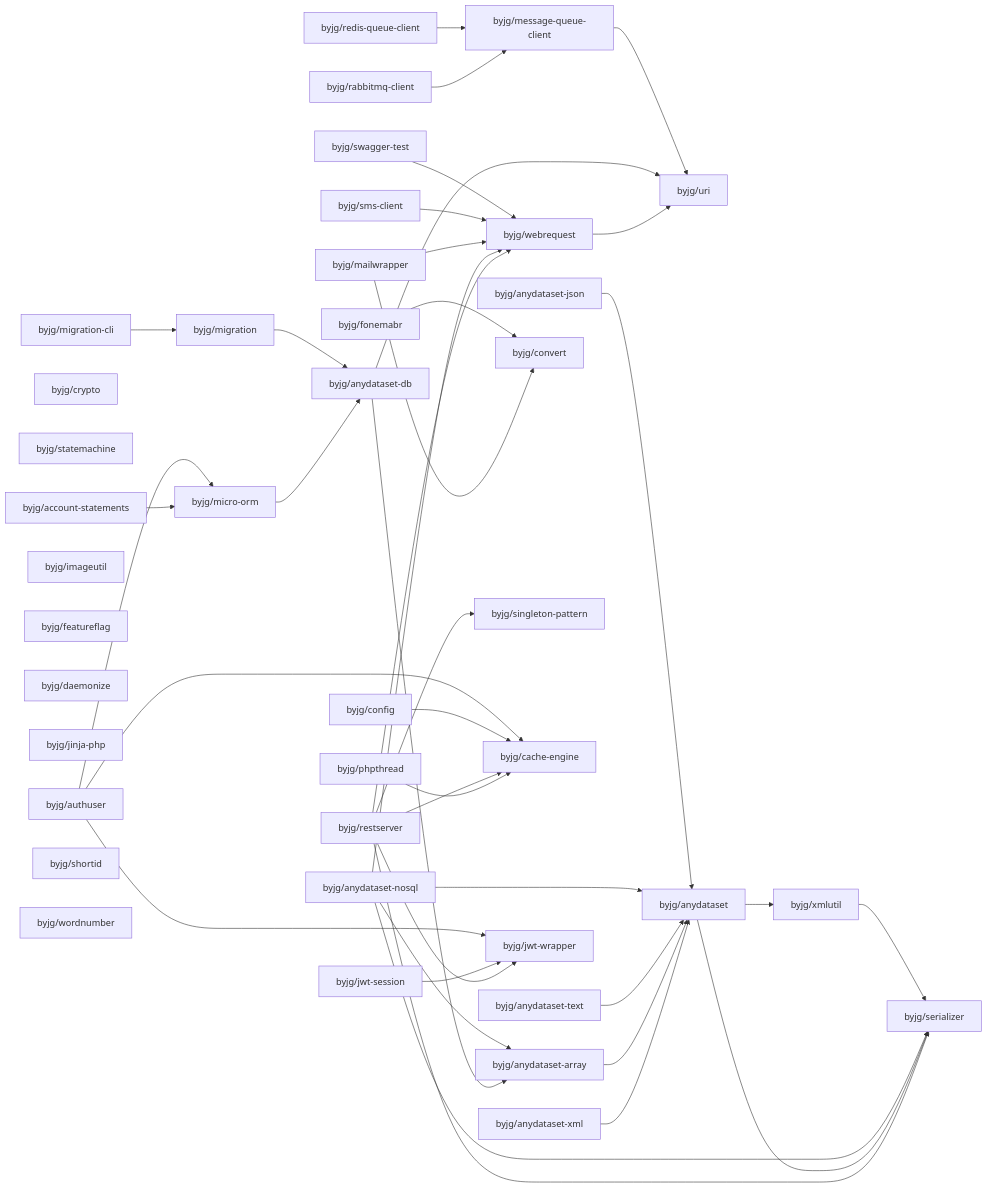
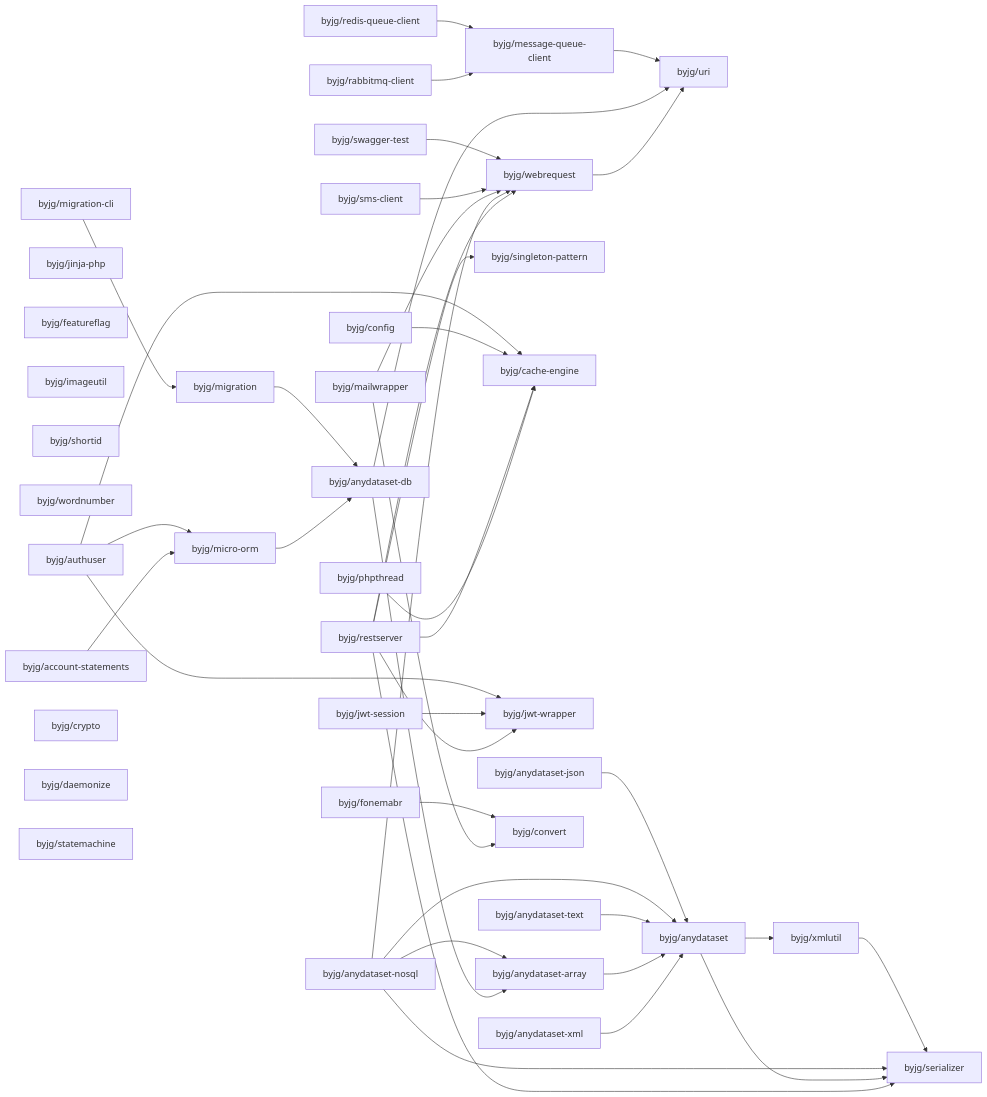
One commit to byjg/byjg.github.io changed the diagram in docs/php/README.md. Above: the diagram before and after it, drawn with Mermaid. The commit also changed other lines of this file and 4 other files, not shown here.

````diff
--- a/docs/php/README.md
+++ b/docs/php/README.md
@@ -3,79 +3,79 @@
 ```mermaid
 graph LR;
+  byjg/config;
   byjg/migration-cli;
   byjg/anydataset-text;
+  byjg/jinja-php;
+  byjg/mailwrapper;
+  byjg/sms-client;
+  byjg/featureflag;
+  byjg/phpthread;
+  byjg/restserver;
+  byjg/imageutil;
+  byjg/shortid;
+  byjg/rabbitmq-client;
+  byjg/jwt-session;
+  byjg/wordnumber;
+  byjg/authuser;
   byjg/anydataset-xml;
-  byjg/rabbitmq-client;
+  byjg/redis-queue-client;
+  byjg/account-statements;
+  byjg/anydataset-json;
   byjg/crypto;
+  byjg/daemonize;
+  byjg/fonemabr;
+  byjg/statemachine;
   byjg/swagger-test;
-  byjg/sms-client;
-  byjg/redis-queue-client;
-  byjg/fonemabr;
-  byjg/mailwrapper;
-  byjg/statemachine;
-  byjg/authuser;
-  byjg/jwt-session;
-  byjg/imageutil;
-  byjg/featureflag;
-  byjg/anydataset-json;
-  byjg/phpthread;
-  byjg/daemonize;
-  byjg/jinja-php;
   byjg/anydataset-nosql;
-  byjg/account-statements;
-  byjg/shortid;
-  byjg/wordnumber;
-  byjg/config;
-  byjg/restserver;
   byjg/migration;
-  byjg/message-queue-client;
-  byjg/convert;
-  byjg/micro-orm;
   byjg/singleton-pattern;
   byjg/cache-engine;
+  byjg/jwt-wrapper;
+  byjg/message-queue-client;
+  byjg/micro-orm;
+  byjg/convert;
   byjg/webrequest;
-  byjg/jwt-wrapper;
   byjg/anydataset-db;
   byjg/anydataset-array;
   byjg/uri;
   byjg/anydataset;
   byjg/xmlutil;
   byjg/serializer;
   byjg/migration --> byjg/anydataset-db;
   byjg/fonemabr --> byjg/convert;
   byjg/swagger-test --> byjg/webrequest;
   byjg/authuser --> byjg/micro-orm;
   byjg/authuser --> byjg/cache-engine;
   byjg/authuser --> byjg/jwt-wrapper;
   byjg/config --> byjg/cache-engine;
   byjg/message-queue-client --> byjg/uri;
   byjg/sms-client --> byjg/webrequest;
   byjg/xmlutil --> byjg/serializer;
   byjg/anydataset-json --> byjg/anydataset;
   byjg/mailwrapper --> byjg/convert;
   byjg/mailwrapper --> byjg/webrequest;
   byjg/anydataset-nosql --> byjg/anydataset;
   byjg/anydataset-nosql --> byjg/anydataset-array;
   byjg/anydataset-nosql --> byjg/serializer;
   byjg/anydataset-nosql --> byjg/webrequest;
   byjg/migration-cli --> byjg/migration;
   byjg/redis-queue-client --> byjg/message-queue-client;
   byjg/jwt-session --> byjg/jwt-wrapper;
   byjg/anydataset --> byjg/serializer;
   byjg/anydataset --> byjg/xmlutil;
   byjg/anydataset-db --> byjg/anydataset-array;
   byjg/anydataset-db --> byjg/uri;
   byjg/anydataset-text --> byjg/anydataset;
   byjg/restserver --> byjg/serializer;
   byjg/restserver --> byjg/singleton-pattern;
   byjg/restserver --> byjg/cache-engine;
   byjg/restserver --> byjg/webrequest;
   byjg/restserver --> byjg/jwt-wrapper;
   byjg/account-statements --> byjg/micro-orm;
   byjg/webrequest --> byjg/uri;
   byjg/micro-orm --> byjg/anydataset-db;
   byjg/anydataset-array --> byjg/anydataset;
   byjg/anydataset-xml --> byjg/anydataset;
   byjg/phpthread --> byjg/cache-engine;
   byjg/rabbitmq-client --> byjg/message-queue-client;
 ```
````
